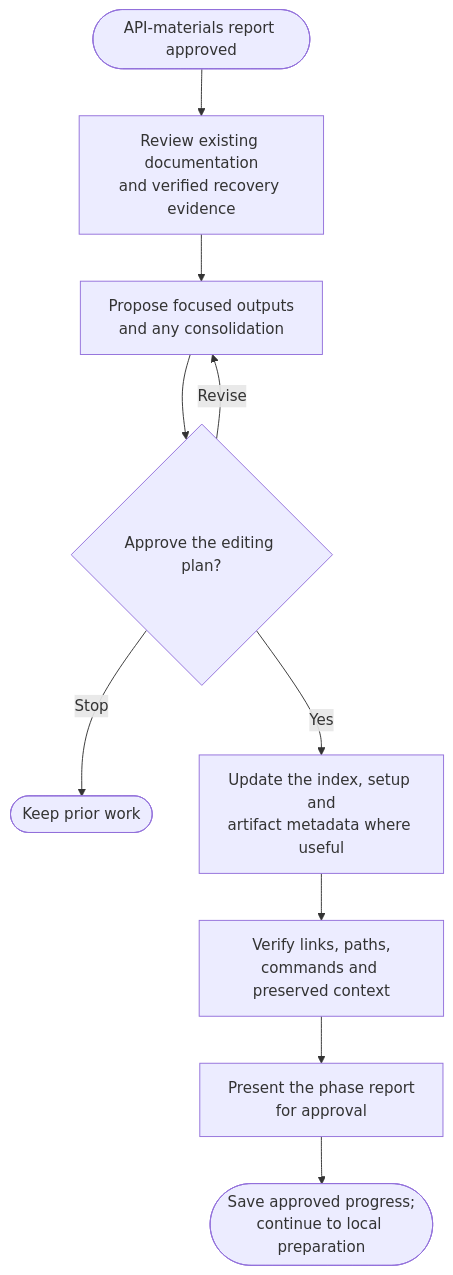
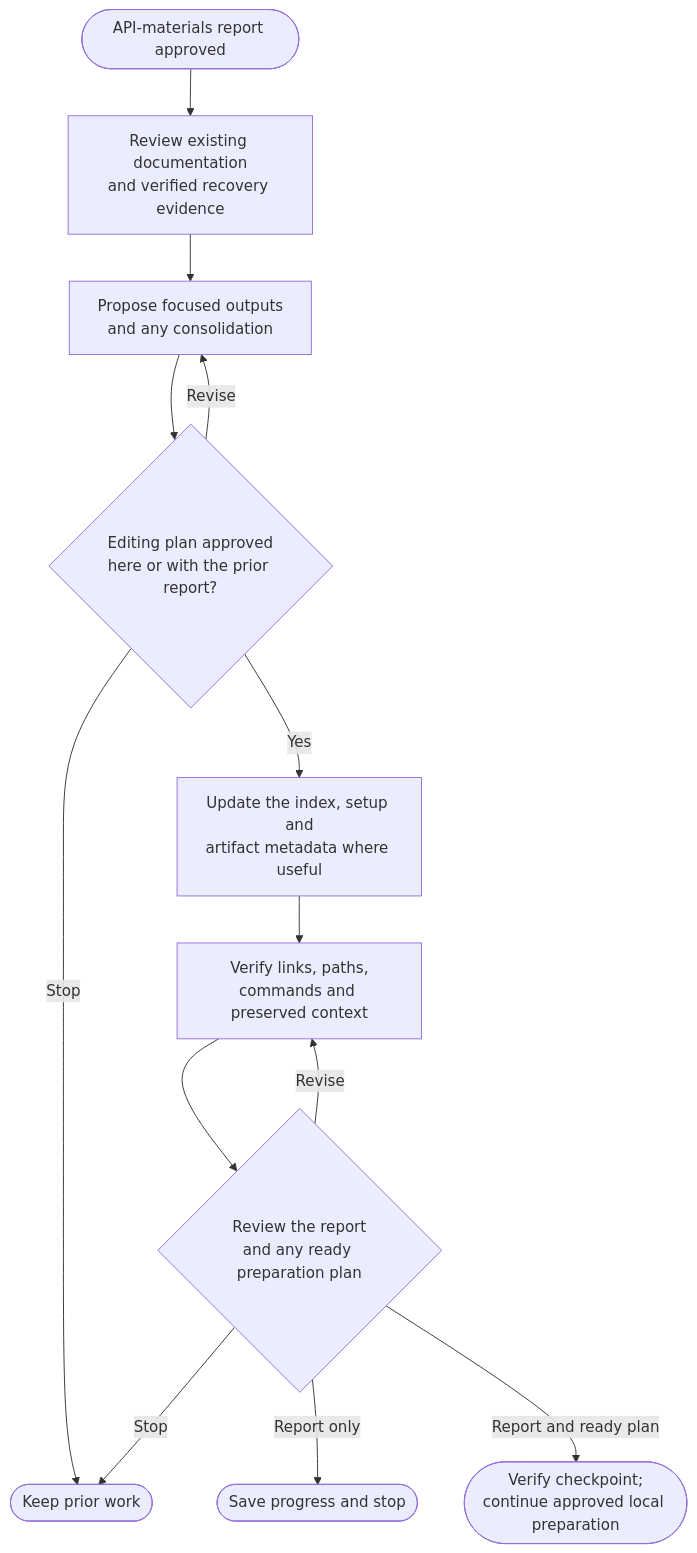
The diagram in docs/commands/archive/4-documentation/detailed.md (myowinthein/agent-helm), drawn with Mermaid before and after one commit. The commit also changed other lines of this file and 37 other files, not shown here.

````diff
--- a/docs/commands/archive/4-documentation/detailed.md
+++ b/docs/commands/archive/4-documentation/detailed.md
@@ -23,12 +23,15 @@
 ```mermaid
 flowchart TD
   Start(["API-materials report approved"]) --> Inventory["Review existing documentation<br/>and verified recovery evidence"]
   Inventory --> Plan["Propose focused outputs<br/>and any consolidation"]
-  Plan --> Approval{"Approve the editing plan?"}
+  Plan --> Approval{"Editing plan approved<br/>here or with the prior report?"}
   Approval -->|Revise| Plan
   Approval -->|Stop| End(["Keep prior work"])
   Approval -->|Yes| Write["Update the index, setup and<br/>artifact metadata where useful"]
   Write --> Check["Verify links, paths,<br/>commands and preserved context"]
-  Check --> Report["Present the phase report<br/>for approval"]
-  Report --> Next(["Save approved progress;<br/>continue to local preparation"])
+  Check --> Report{"Review the report<br/>and any ready preparation plan"}
+  Report -->|Revise| Check
+  Report -->|Stop| End
+  Report -->|Report only| Saved(["Save progress and stop"])
+  Report -->|Report and ready plan| Next(["Verify checkpoint;<br/>continue approved local preparation"])
 ```
````
